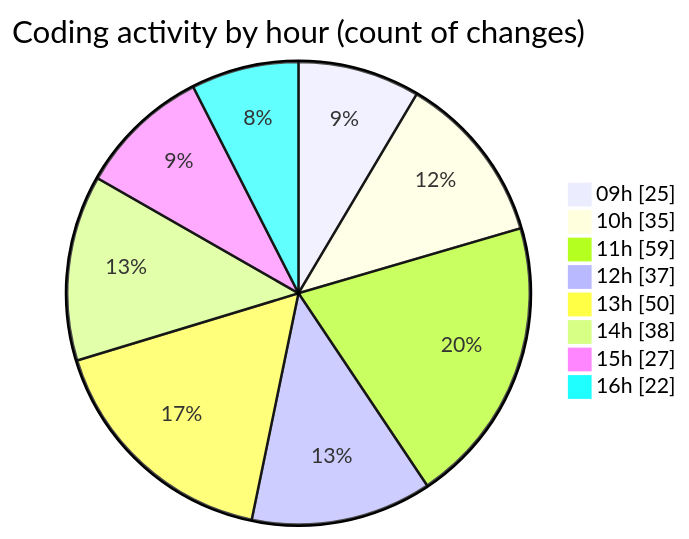
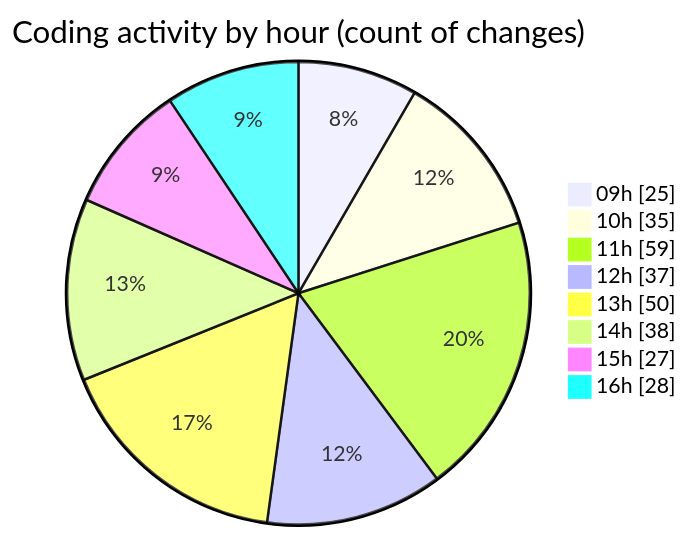
The second of 2 diagrams in 2025-08-22/cda/README.md (momahboobian/code-tracking), drawn with Mermaid before and after one commit. The commit also changed other lines of this file and 1 other file, not shown here.

````diff
--- a/2025-08-22/cda/README.md
+++ b/2025-08-22/cda/README.md
@@ -53,12 +53,12 @@
 ```mermaid
 pie showData
 title Coding activity by hour (count of changes)
 "09h" : 25
 "10h" : 35
 "11h" : 59
 "12h" : 37
 "13h" : 50
 "14h" : 38
 "15h" : 27
-"16h" : 22
+"16h" : 28
 ```
````
